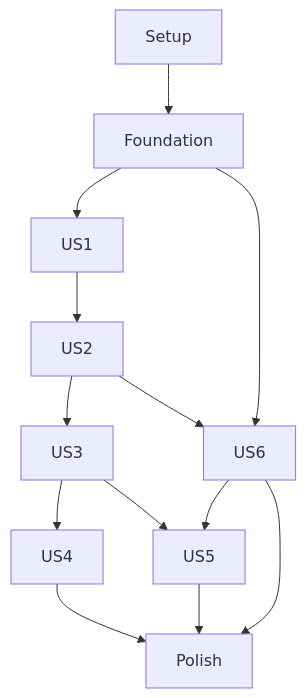
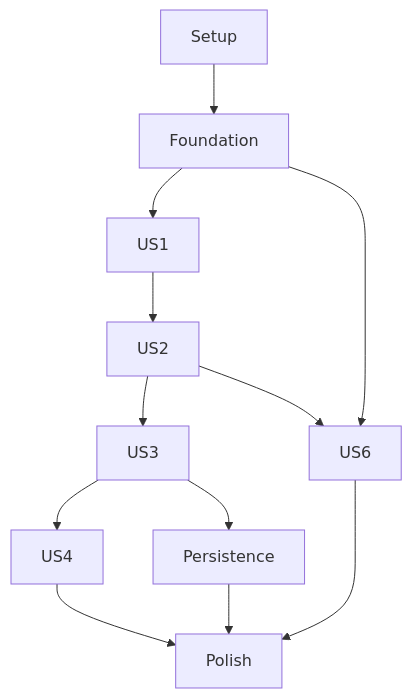
Before and after one commit to TemporaryUnavailable/DeSchrijverWintAltijd: the diagram in specs/002-configurable-scorecard-ui/tasks.md, drawn with Mermaid. The commit also changed other lines of this file and 23 other files, not shown here.

````diff
--- a/specs/002-configurable-scorecard-ui/tasks.md
+++ b/specs/002-configurable-scorecard-ui/tasks.md
@@ -168,15 +164,14 @@
 ```mermaid
 graph TD
   Setup --> Foundation
   Foundation --> US1
   US1 --> US2
   US2 --> US3
   US3 --> US4
   Foundation --> US6
   US2 --> US6
-  US3 --> US5
-  US6 --> US5
   US4 --> Polish
-  US5 --> Polish
+  US3 --> Persistence
+  Persistence --> Polish
   US6 --> Polish
 ```
````
